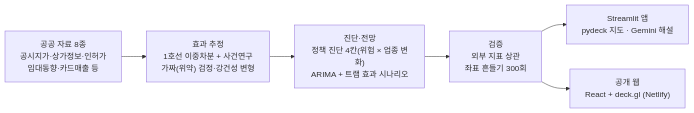
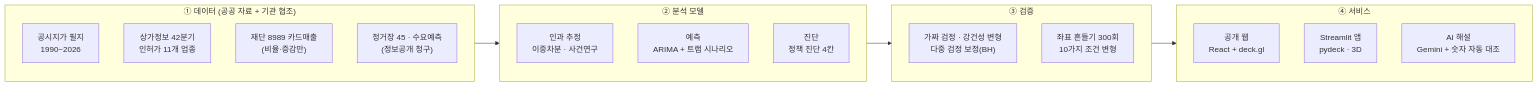
The second of 4 diagrams in README.md (KangSeungWan/Commercial-Area-Analysis), drawn with Mermaid before and after one commit. The commit also changed other lines of this file and 6 other files, not shown here.

````diff
--- a/README.md
+++ b/README.md
@@ -27,8 +91,24 @@
 ```mermaid
 flowchart LR
-  A["공공 자료 8종<br/>공시지가·상가정보·인허가<br/>임대동향·카드매출 등"] --> B["효과 추정<br/>1호선 이중차분 + 사건연구<br/>가짜(위약) 검정·강건성 변형"]
-  B --> C["진단·전망<br/>정책 진단 4칸(위험 × 업종 변화)<br/>ARIMA + 트램 효과 시나리오"]
-  C --> D["검증<br/>외부 지표 상관<br/>좌표 흔들기 300회"]
-  D --> E1["Streamlit 앱<br/>pydeck 지도 · Gemini 해설"]
-  D --> E2["공개 웹<br/>React + deck.gl (Netlify)"]
+  subgraph D["① 데이터 (공공 자료 + 기관 협조)"]
+    D1["공시지가 필지<br/>1990~2026"]
+    D2["상가정보 42분기<br/>인허가 11개 업종"]
+    D3["재단 8989 카드매출<br/>(비율·증감만)"]
+    D4["정거장 45 · 수요예측<br/>(정보공개 청구)"]
+  end
+  subgraph M["② 분석 모델"]
+    M1["인과 추정<br/>이중차분 · 사건연구"]
+    M2["예측<br/>ARIMA + 트램 시나리오"]
+    M3["진단<br/>정책 진단 4칸"]
+  end
+  subgraph V["③ 검증"]
+    V1["가짜 검정 · 강건성 변형<br/>다중 검정 보정(BH)"]
+    V2["좌표 흔들기 300회<br/>10가지 조건 변형"]
+  end
+  subgraph O["④ 서비스"]
+    O1["공개 웹<br/>React + deck.gl"]
+    O2["Streamlit 앱<br/>pydeck · 3D"]
+    O3["AI 해설<br/>Gemini + 숫자 자동 대조"]
+  end
+  D --> M --> V --> O
 ```
````
